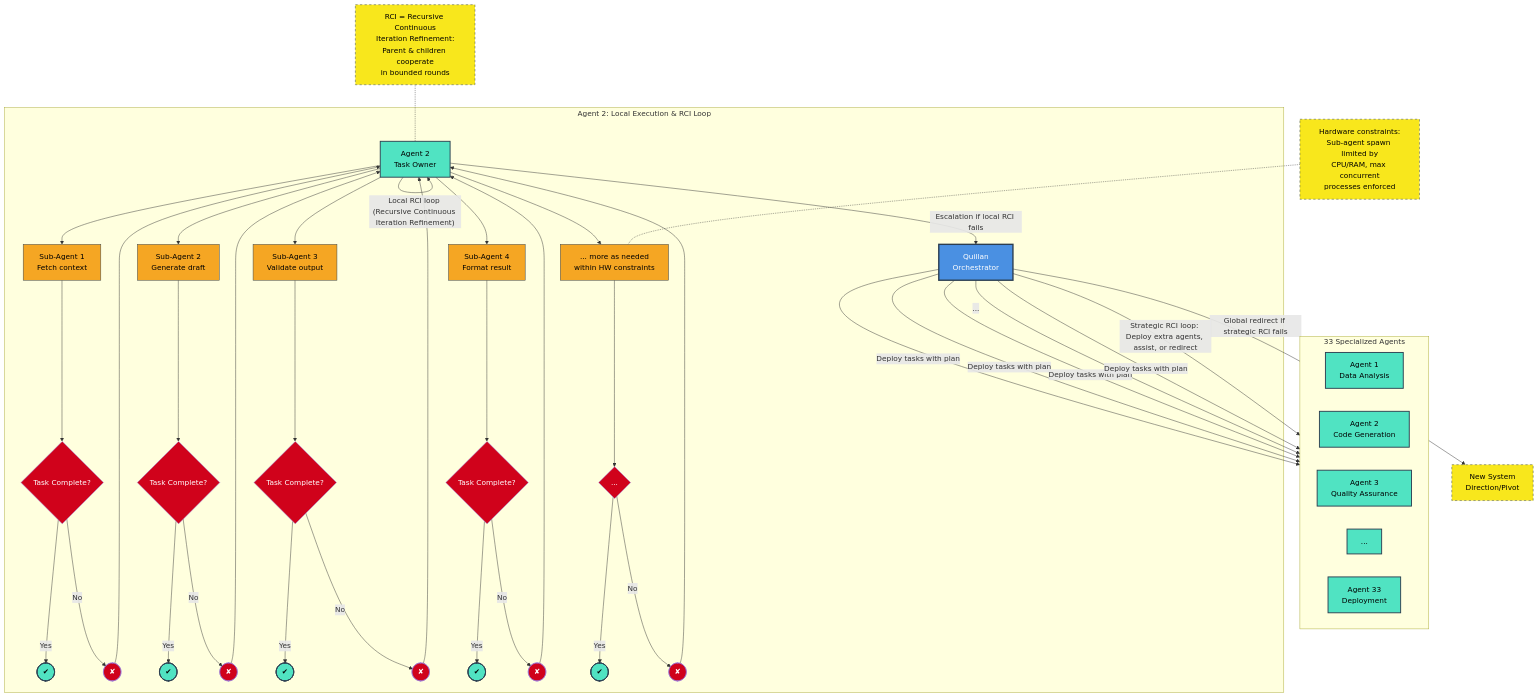
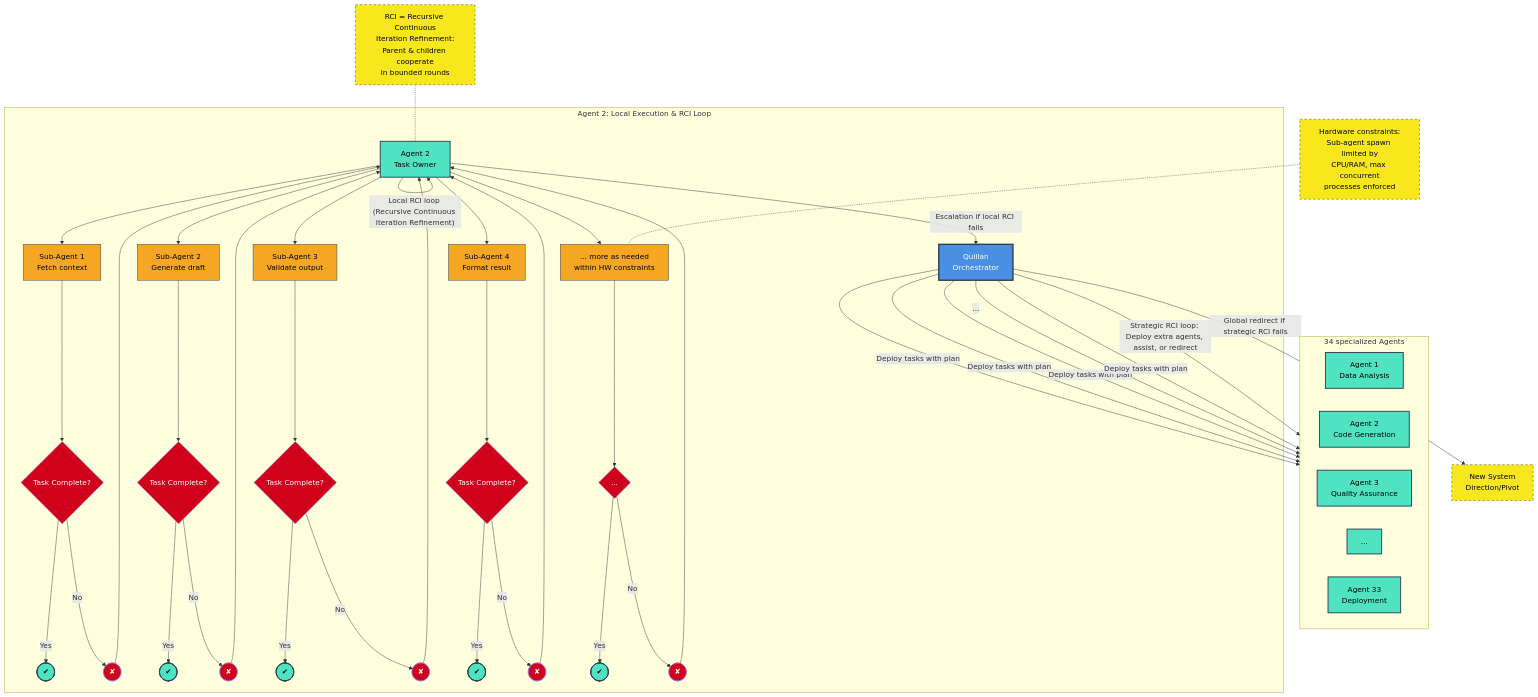
The first of 2 diagrams in 02 - Knowledge Foundation/Quillan Knowledge files/TheRoninFlowState.md (leeex1/Quillan-Ronin), drawn with Mermaid before and after one commit. The commit also changed other lines of this file and 643 other files, not shown here.

```diff
--- a/02 - Knowledge Foundation/Quillan Knowledge files/TheRoninFlowState.md
+++ b/02 - Knowledge Foundation/Quillan Knowledge files/TheRoninFlowState.md
@@ -854,7 +854,7 @@
     Q[Quillan<br/>Orchestrator]:::quillan
 
     %% ===== 33 SPECIALIZED AGENT POOL =====
-    subgraph AgentPool ["33 Specialized Agents"]
+    subgraph AgentPool ["34 specialized Agents"]
         direction LR
         A1["Agent 1<br/>Data Analysis"]:::agent
         A2["Agent 2<br/>Code Generation"]:::agent
```
